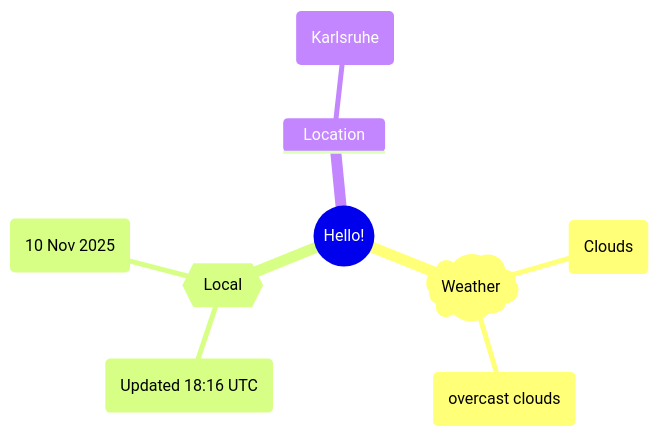
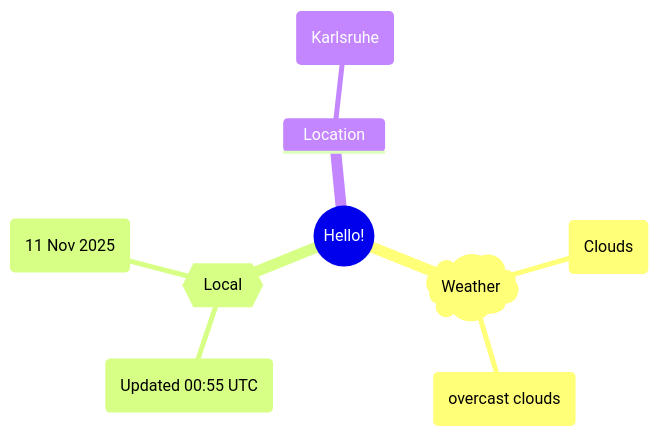
Before and after one commit to Xosrov/Xosrov: the first of 2 diagrams in README.md, drawn with Mermaid.

Commit message:
[bot] updated images

````diff
--- a/README.md
+++ b/README.md
@@ -3,12 +3,12 @@
 ```mermaid
 mindmap
   root((Hello!))
     )Weather(
         (Clouds)
         (overcast clouds)
     {{Local}}
-        (Updated 18:16 UTC)
-        (10 Nov 2025)
+        (Updated 00:55 UTC)
+        (11 Nov 2025)
     Location
         (Karlsruhe)
 ```
````
